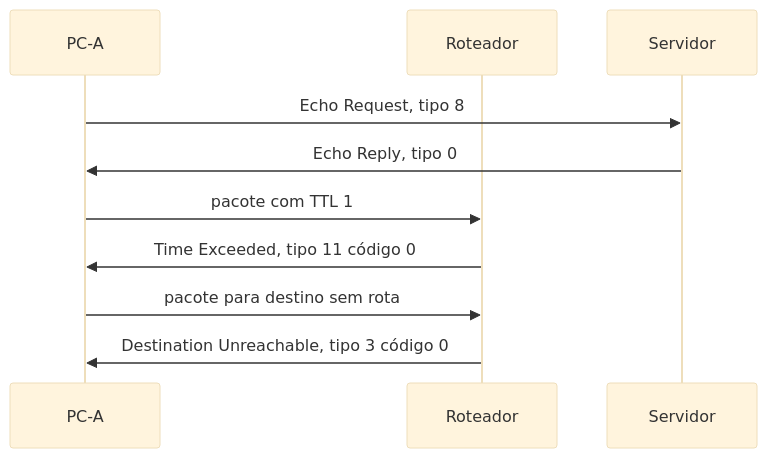
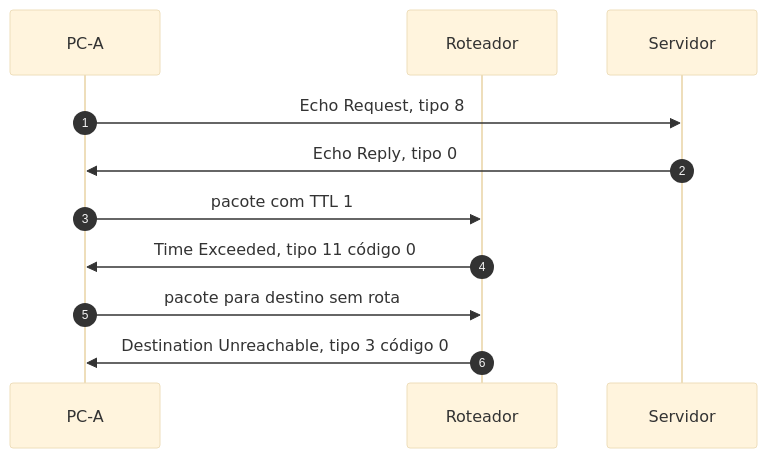
Before and after one commit to peotta/Simul-Net: the first of 20 diagrams in docs/simuladores/icmp.md, drawn with Mermaid (base theme). The commit also changed 37 other files, not shown here.

Commit message:
docs(fundamentacao): numeracao automatica das interacoes nos diagramas de sequencia

````diff
--- a/docs/simuladores/icmp.md
+++ b/docs/simuladores/icmp.md
@@ -29,12 +29,13 @@
 ```mermaid
 sequenceDiagram
+  autonumber
   participant A as PC-A
   participant R as Roteador
   participant S as Servidor
   A->>S: Echo Request, tipo 8
   S->>A: Echo Reply, tipo 0
   A->>R: pacote com TTL 1
   R->>A: Time Exceeded, tipo 11 código 0
   A->>R: pacote para destino sem rota
   R->>A: Destination Unreachable, tipo 3 código 0
 ```
````
